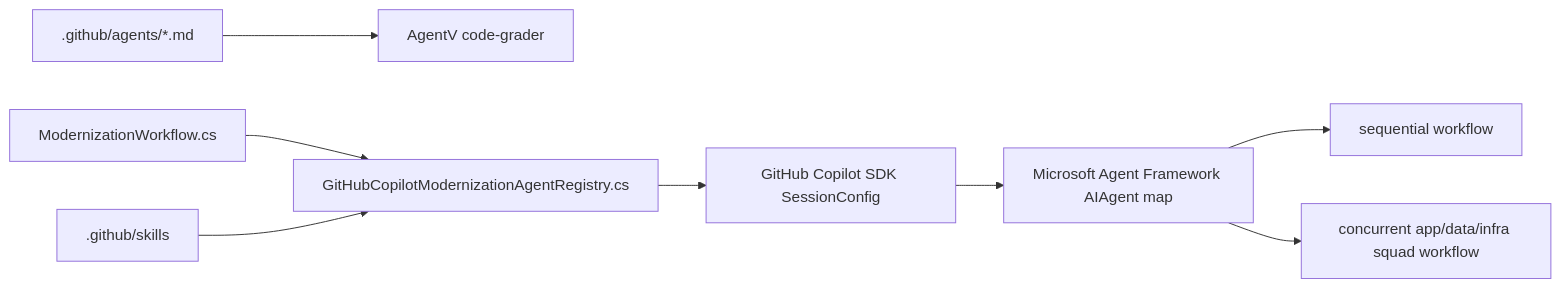
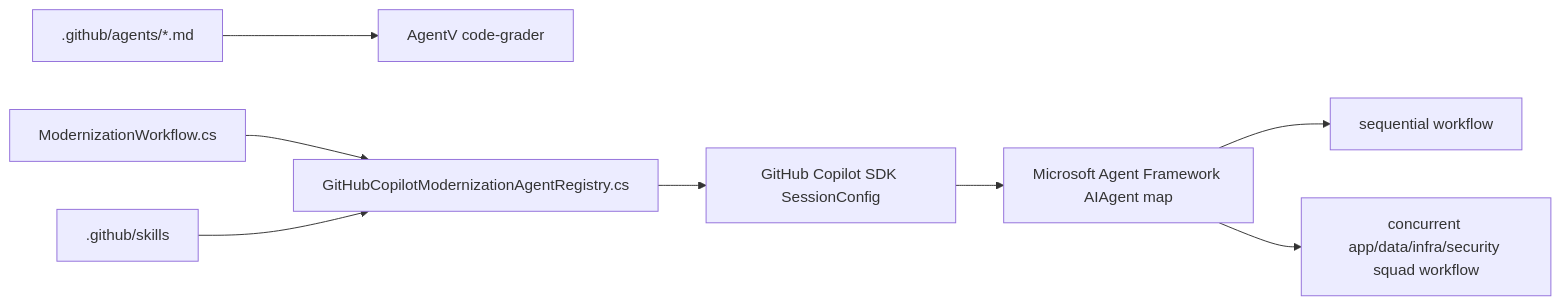
The first of 2 diagrams in docs/agents/README.md (Tyler-R-Kendrick/project-khepri), drawn with Mermaid before and after one commit. The commit also changed other lines of this file and 32 other files, not shown here.

First line of the commit message:
[codex] Add queryable knowledge and squad eval workflow

````diff
--- a/docs/agents/README.md
+++ b/docs/agents/README.md
@@ -36,10 +39,10 @@
 ```mermaid
 flowchart LR
     profiles[".github/agents/*.md"] --> grader["AgentV code-grader"]
     workflow["ModernizationWorkflow.cs"] --> registry["GitHubCopilotModernizationAgentRegistry.cs"]
     skills[".github/skills"] --> registry
     registry --> session["GitHub Copilot SDK SessionConfig"]
     session --> maf["Microsoft Agent Framework AIAgent map"]
     maf --> seq["sequential workflow"]
-    maf --> squads["concurrent app/data/infra squad workflow"]
+    maf --> squads["concurrent app/data/infra/security squad workflow"]
 ```
````
